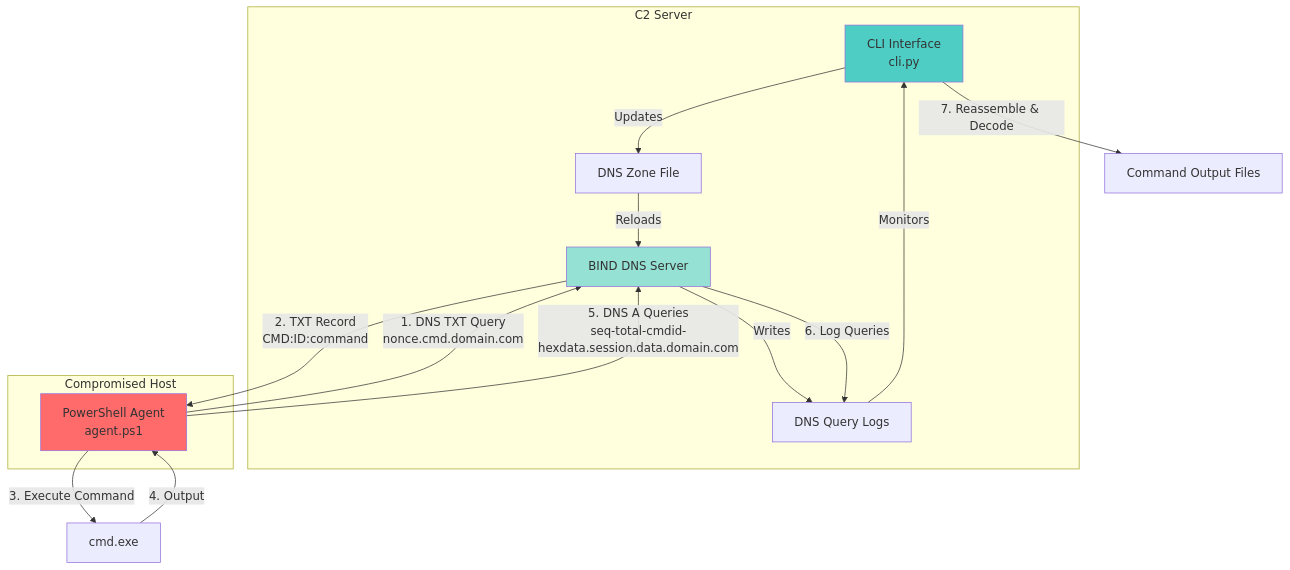
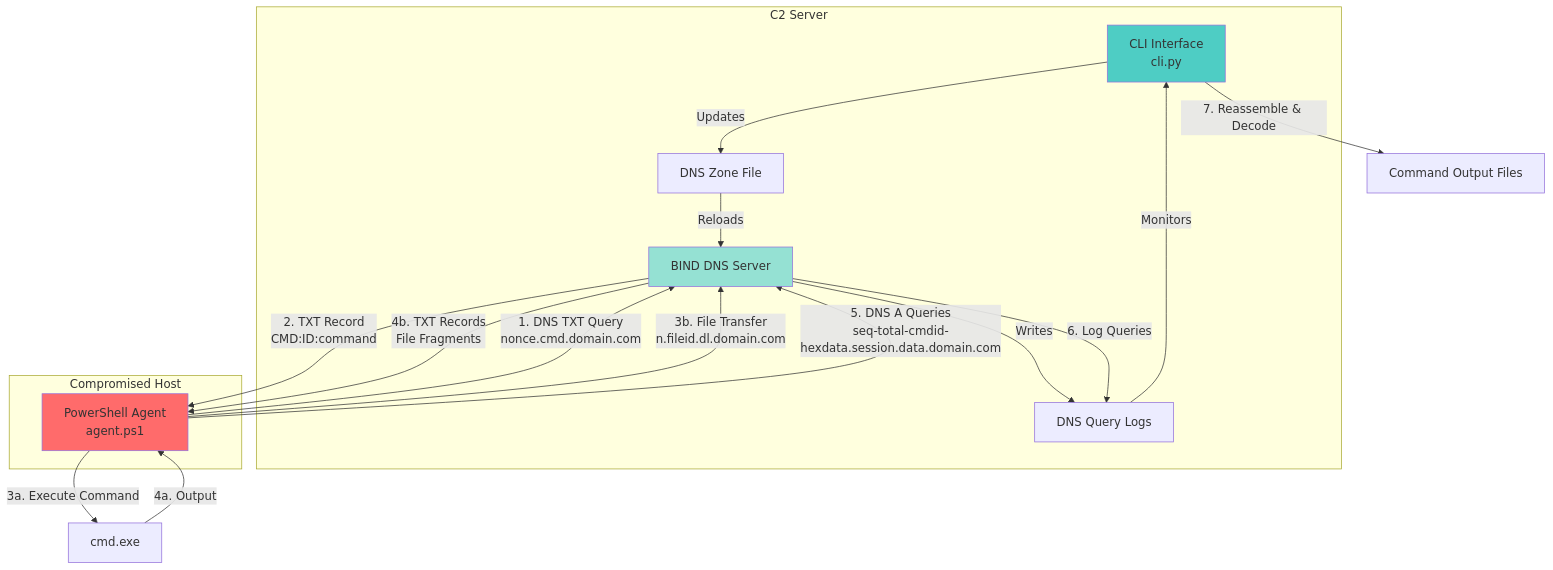
The first of 6 diagrams in README.md (0xreth/dns_c2), drawn with Mermaid before and after one commit. The commit also changed other lines of this file and 8 other files, not shown here.

Commit message:
Implement file staging and execution via DNS TXT records. New Linux agent.

````diff
--- a/README.md
+++ b/README.md
@@ -26,25 +28,27 @@
 ```mermaid
 graph TB
     subgraph "C2 Server"
         A[CLI Interface<br/>cli.py] -->|Updates| B[DNS Zone File]
         B -->|Reloads| C[BIND DNS Server]
         C -->|Writes| D[DNS Query Logs]
         D -->|Monitors| A
     end
     
     subgraph "Compromised Host"
         E[PowerShell Agent<br/>agent.ps1]
     end
     
     E -->|1. DNS TXT Query<br/>nonce.cmd.domain.com| C
     C -->|2. TXT Record<br/>CMD:ID:command| E
-    E -->|3. Execute Command| F[cmd.exe]
-    F -->|4. Output| E
+    E -->|3a. Execute Command| F[cmd.exe]
+    F -->|4a. Output| E
+    E -->|3b. File Transfer<br/>n.fileid.dl.domain.com| C
+    C -->|4b. TXT Records<br/>File Fragments| E
     E -->|5. DNS A Queries<br/>seq-total-cmdid-hexdata.session.data.domain.com| C
     C -->|6. Log Queries| D
     A -->|7. Reassemble & Decode| G[Command Output Files]
     
     style E fill:#ff6b6b
     style A fill:#4ecdc4
     style C fill:#95e1d3
 ```
````
